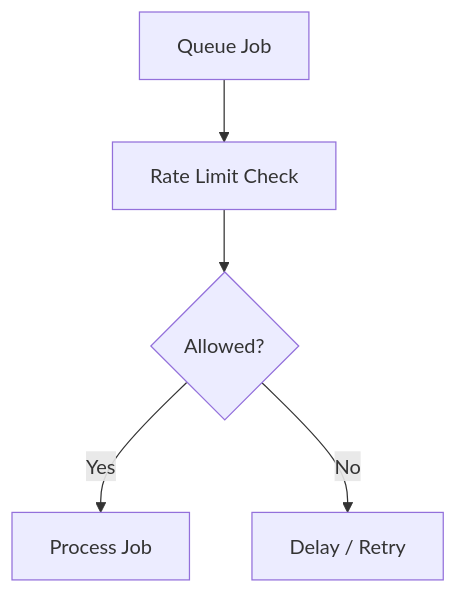
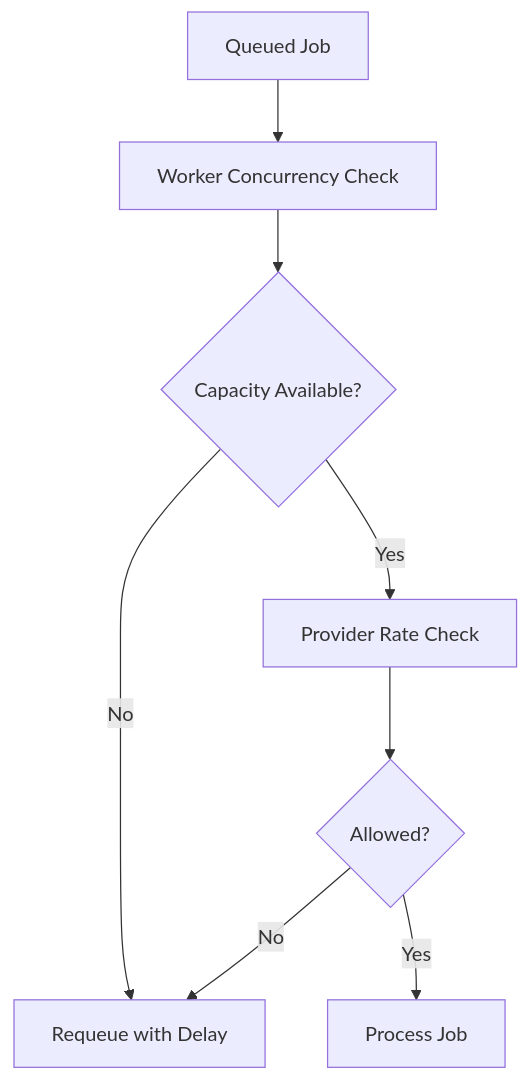
Before and after one commit to Ahsankhalid618/ai-automation-system-design: the diagram in docs/rate-limiting.md, drawn with Mermaid. The commit also changed other lines of this file and 9 other files, not shown here.

````diff
--- a/docs/rate-limiting.md
+++ b/docs/rate-limiting.md
@@ -43,12 +20,10 @@
 ```mermaid
 flowchart TD
-
-A[Queue Job]
---> B[Rate Limit Check]
-
-B --> C{Allowed?}
-
-C -->|Yes| D[Process Job]
-
-C -->|No| E[Delay / Retry]
+A[Queued Job] --> B[Worker Concurrency Check]
+B --> C{Capacity Available?}
+C -->|No| D[Requeue with Delay]
+C -->|Yes| E[Provider Rate Check]
+E --> F{Allowed?}
+F -->|No| D
+F -->|Yes| G[Process Job]
 ```
````
